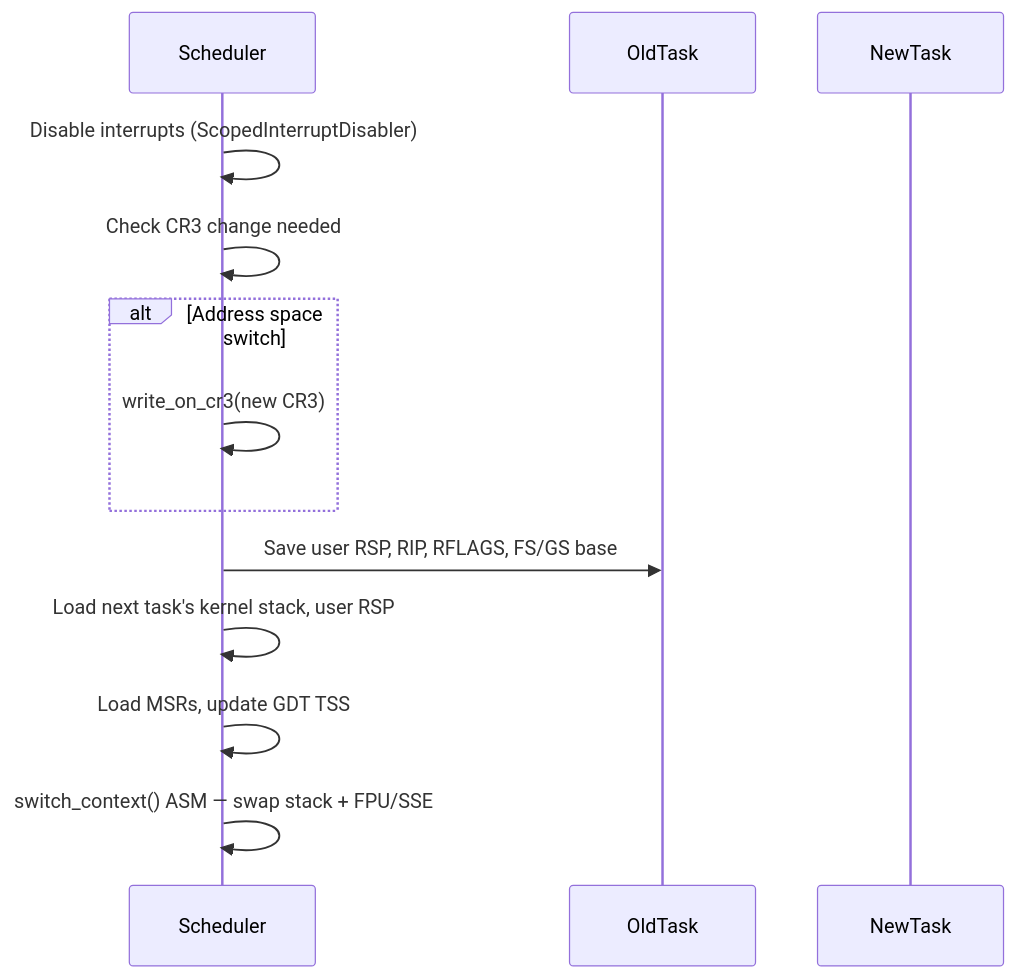
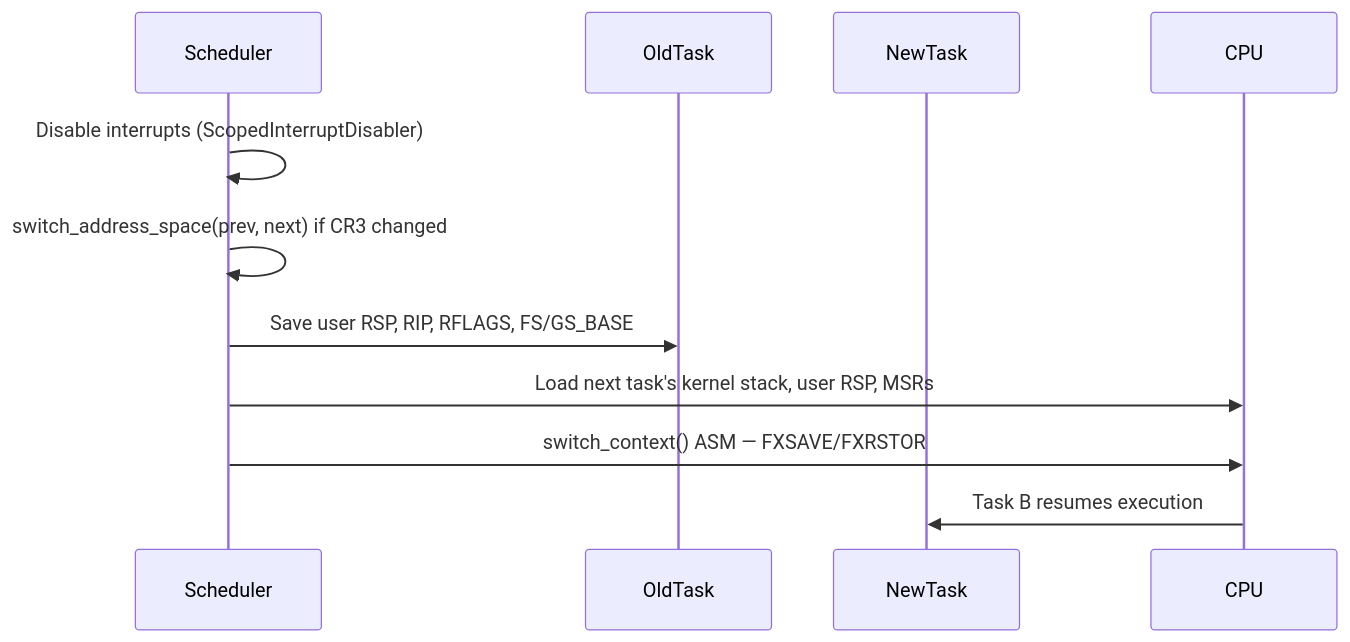
The fourth of 4 diagrams in Docs/Kernel/Scheduler/README.md (KitsuneBSD/FKernel), drawn with Mermaid before and after one commit. The commit also changed other lines of this file and 15 other files, not shown here.

Commit message:
docs: update TODO.md and architecture documentation for session 12

````diff
--- a/Docs/Kernel/Scheduler/README.md
+++ b/Docs/Kernel/Scheduler/README.md
@@ -77,16 +146,14 @@
 ```mermaid
 sequenceDiagram
     participant Scheduler
     participant OldTask
     participant NewTask
+    participant CPU
 
     Scheduler->>Scheduler: Disable interrupts (ScopedInterruptDisabler)
-    Scheduler->>Scheduler: Check CR3 change needed
-    alt Address space switch
-        Scheduler->>Scheduler: write_on_cr3(new CR3)
-    end
-    Scheduler->>OldTask: Save user RSP, RIP, RFLAGS, FS/GS base
-    Scheduler->>Scheduler: Load next task's kernel stack, user RSP
-    Scheduler->>Scheduler: Load MSRs, update GDT TSS
-    Scheduler->>Scheduler: switch_context() ASM — swap stack + FPU/SSE
+    Scheduler->>Scheduler: switch_address_space(prev, next) if CR3 changed
+    Scheduler->>OldTask: Save user RSP, RIP, RFLAGS, FS/GS_BASE
+    Scheduler->>CPU: Load next task's kernel stack, user RSP, MSRs
+    Scheduler->>CPU: switch_context() ASM — FXSAVE/FXRSTOR
+    CPU->>NewTask: Task B resumes execution
 ```
````
